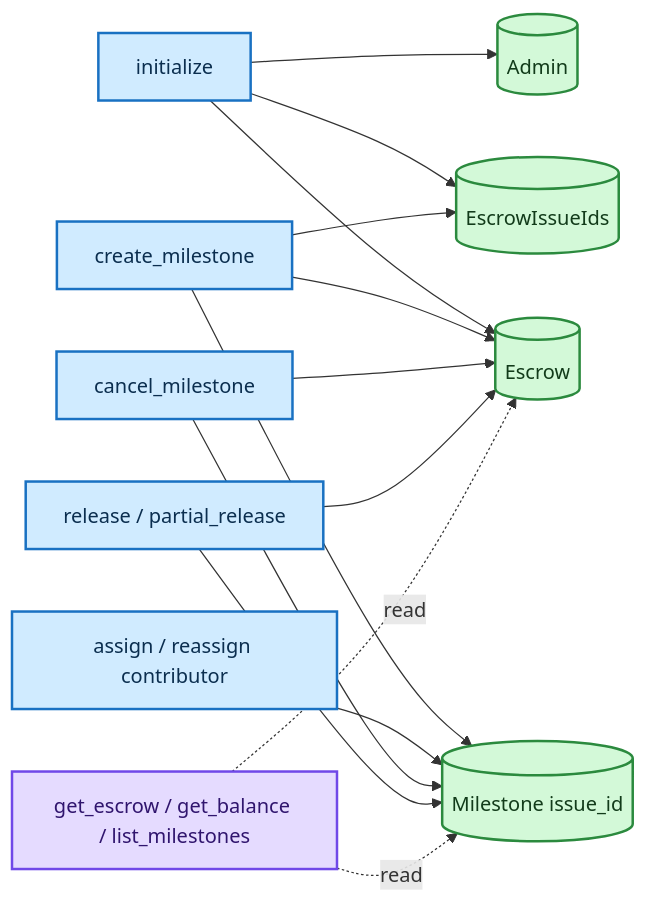
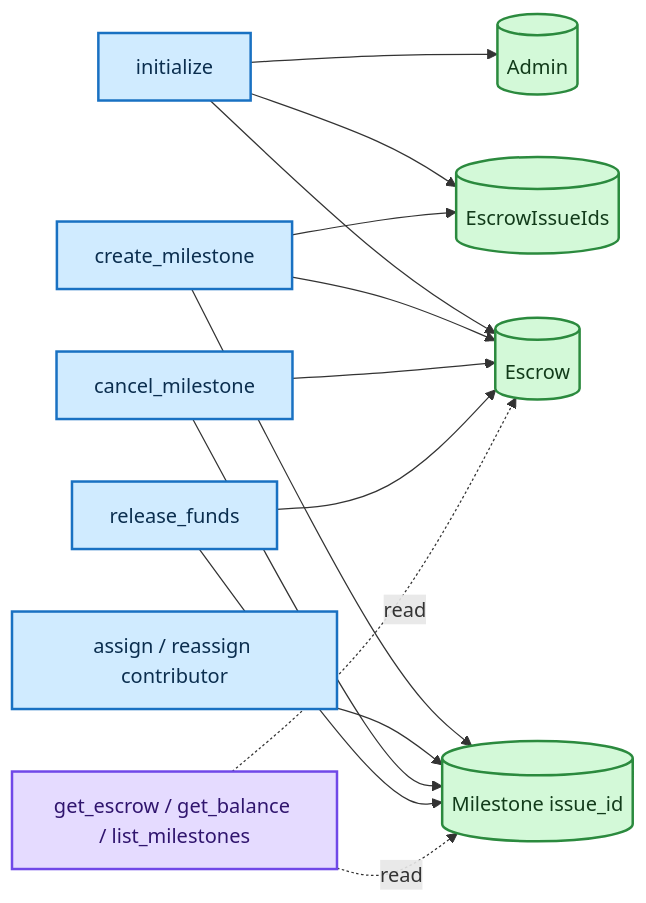
Before and after one commit to Trustless-OSS/Toss-Contract: the second of 4 diagrams in docs/arch.md, drawn with Mermaid. The commit also changed other lines of this file and 7 other files, not shown here.

Commit message:
refactor(payouts): unify release_funds with amount and drop partial_release

````diff
--- a/docs/arch.md
+++ b/docs/arch.md
@@ -51,23 +51,23 @@
 ```mermaid
 flowchart LR
     Init[initialize] --> Escrow[(Escrow)]
     Init --> IDs[(EscrowIssueIds)]
     Init --> Admin[(Admin)]
     Create[create_milestone] --> Escrow
     Create --> Milestone[(Milestone issue_id)]
     Create --> IDs
     Assign[assign / reassign contributor] --> Milestone
     Cancel[cancel_milestone] --> Escrow
     Cancel --> Milestone
-    Release[release / partial_release] --> Escrow
+    Release[release_funds] --> Escrow
     Release --> Milestone
     Queries[get_escrow / get_balance / list_milestones] -. read .-> Escrow
     Queries -. read .-> Milestone
 
     classDef entry fill:#d0ebff,stroke:#1971c2,color:#0b2e4f,stroke-width:2px;
     classDef store fill:#d3f9d8,stroke:#2b8a3e,color:#123b1a,stroke-width:2px;
     classDef query fill:#e5dbff,stroke:#7048e8,color:#30156e,stroke-width:2px;
     class Init,Create,Assign,Cancel,Release entry;
     class Escrow,IDs,Admin,Milestone store;
     class Queries query;
 ```
````
